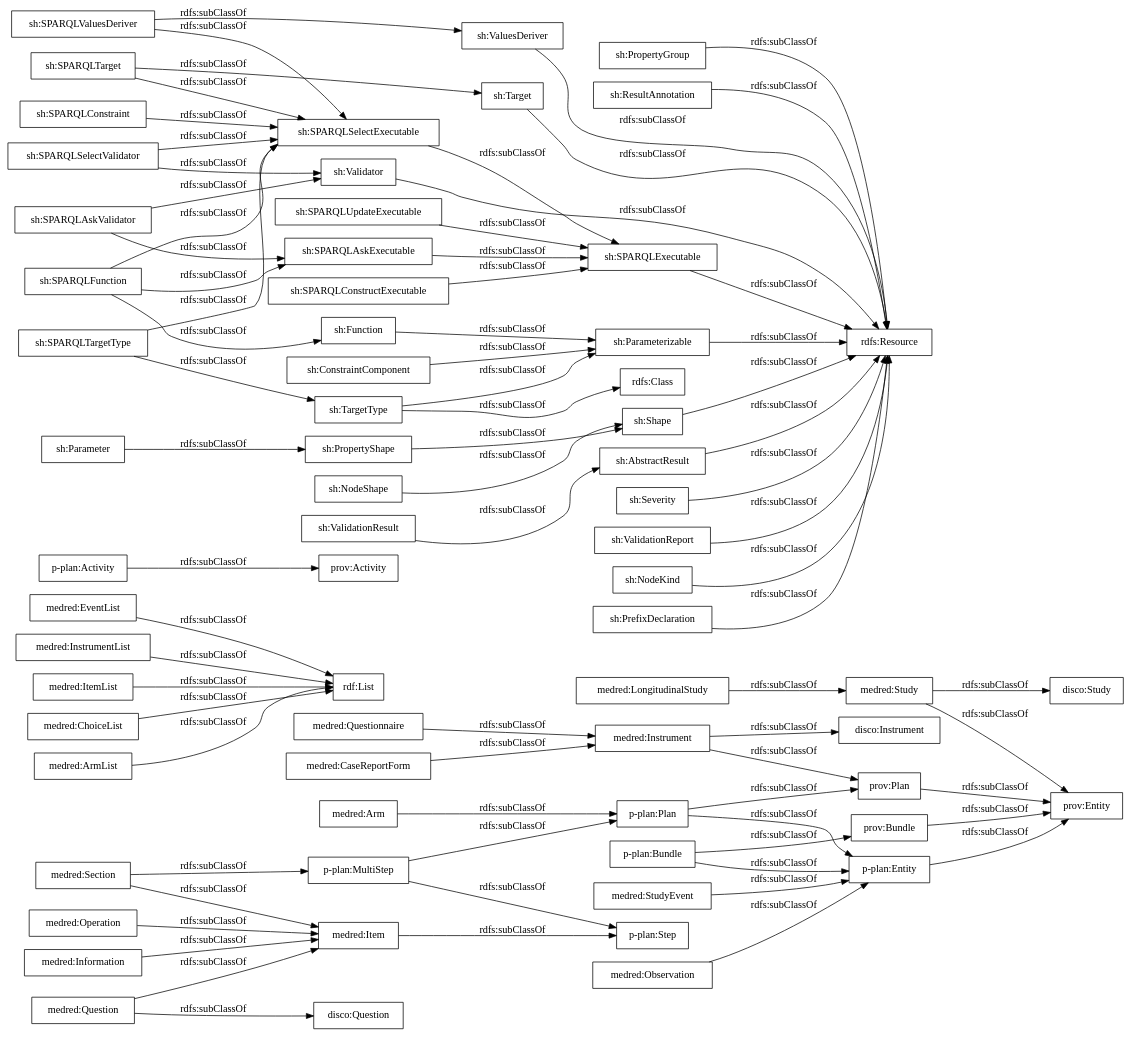
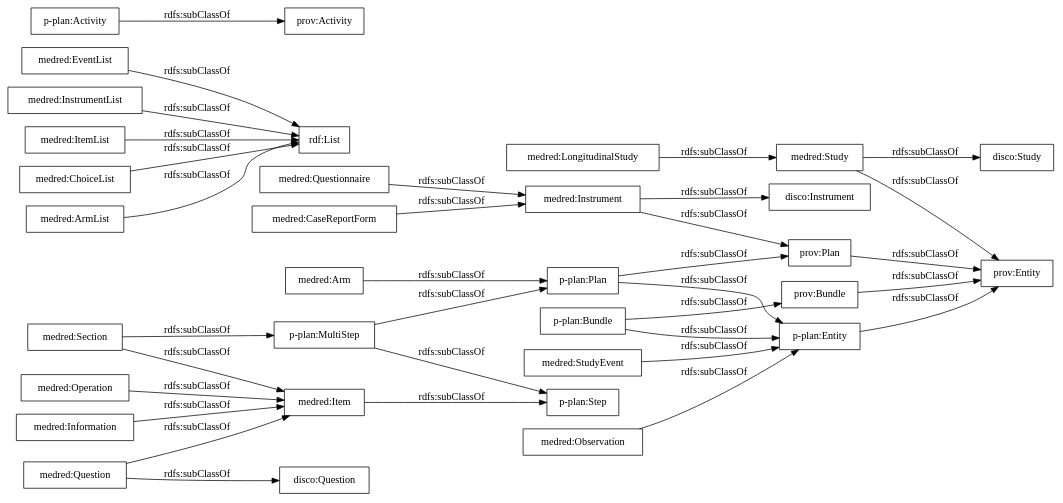
The diagram in OnToology/ontology/medred.owl/diagrams/ar2dtool-taxonomy/medred.owl.png.dot (OnToologyUser/medred), drawn with Graphviz before and after one commit. The commit also changed 15 other files, not shown here.

```diff
--- a/OnToology/ontology/medred.owl/diagrams/ar2dtool-taxonomy/medred.owl.png.dot
+++ b/OnToology/ontology/medred.owl/diagrams/ar2dtool-taxonomy/medred.owl.png.dot
@@ -1,77 +1,38 @@
 digraph ar2dtool_diagram { 
 rankdir=LR;
 size="1000"
-node [shape = rectangle, color="black"]; "medred:Questionnaire" "medred:StudyEvent" "medred:Information" "medred:Question" "medred:EventList" "rdf:List" "medred:Instrument" "medred:Item" "medred:Arm" "medred:CaseReportForm" "medred:Study" "medred:LongitudinalStudy" "medred:InstrumentList" "medred:ItemList" "medred:Section" "medred:ChoiceList" "medred:ArmList" "medred:Operation" "medred:Observation" "p-plan:MultiStep" "p-plan:Activity" "p-plan:Step" "p-plan:Entity" "p-plan:Bundle" "prov:Bundle" "prov:Entity" "p-plan:Plan" "prov:Plan" "prov:Activity" ; /*classes style*/
+node [shape = rectangle, color="black"]; "medred:Questionnaire" "medred:StudyEvent" "medred:Information" "medred:Question" "medred:EventList" "medred:Instrument" "rdf:List" "medred:Item" "medred:Arm" "medred:CaseReportForm" "medred:Study" "medred:LongitudinalStudy" "medred:InstrumentList" "medred:ItemList" "medred:Section" "medred:ChoiceList" "medred:ArmList" "medred:Operation" "medred:Observation" "p-plan:MultiStep" "p-plan:Activity" "p-plan:Step" "p-plan:Entity" "p-plan:Bundle" "prov:Bundle" "prov:Entity" "p-plan:Plan" "prov:Plan" "prov:Activity" ; /*classes style*/
+	"p-plan:Activity" -> "prov:Activity" [ label = "rdfs:subClassOf" ];
+	"p-plan:Entity" -> "prov:Entity" [ label = "rdfs:subClassOf" ];
+	"medred:ChoiceList" -> "rdf:List" [ label = "rdfs:subClassOf" ];
 	"prov:Plan" -> "prov:Entity" [ label = "rdfs:subClassOf" ];
-	"sh:PropertyGroup" -> "rdfs:Resource" [ label = "rdfs:subClassOf" ];
+	"medred:Information" -> "medred:Item" [ label = "rdfs:subClassOf" ];
+	"medred:InstrumentList" -> "rdf:List" [ label = "rdfs:subClassOf" ];
+	"prov:Bundle" -> "prov:Entity" [ label = "rdfs:subClassOf" ];
+	"medred:LongitudinalStudy" -> "medred:Study" [ label = "rdfs:subClassOf" ];
+	"medred:Questionnaire" -> "medred:Instrument" [ label = "rdfs:subClassOf" ];
+	"medred:Study" -> "prov:Entity" [ label = "rdfs:subClassOf" ];
+	"medred:Study" -> "disco:Study" [ label = "rdfs:subClassOf" ];
+	"medred:Observation" -> "p-plan:Entity" [ label = "rdfs:subClassOf" ];
 	"medred:Question" -> "medred:Item" [ label = "rdfs:subClassOf" ];
 	"medred:Question" -> "disco:Question" [ label = "rdfs:subClassOf" ];
-	"sh:ResultAnnotation" -> "rdfs:Resource" [ label = "rdfs:subClassOf" ];
+	"medred:Operation" -> "medred:Item" [ label = "rdfs:subClassOf" ];
+	"p-plan:Bundle" -> "prov:Bundle" [ label = "rdfs:subClassOf" ];
+	"p-plan:Bundle" -> "p-plan:Entity" [ label = "rdfs:subClassOf" ];
+	"medred:ItemList" -> "rdf:List" [ label = "rdfs:subClassOf" ];
+	"medred:Arm" -> "p-plan:Plan" [ label = "rdfs:subClassOf" ];
+	"p-plan:Plan" -> "prov:Plan" [ label = "rdfs:subClassOf" ];
+	"p-plan:Plan" -> "p-plan:Entity" [ label = "rdfs:subClassOf" ];
 	"medred:Item" -> "p-plan:Step" [ label = "rdfs:subClassOf" ];
-	"medred:CaseReportForm" -> "medred:Instrument" [ label = "rdfs:subClassOf" ];
-	"sh:SPARQLConstructExecutable" -> "sh:SPARQLExecutable" [ label = "rdfs:subClassOf" ];
-	"medred:ArmList" -> "rdf:List" [ label = "rdfs:subClassOf" ];
-	"sh:Shape" -> "rdfs:Resource" [ label = "rdfs:subClassOf" ];
-	"medred:Questionnaire" -> "medred:Instrument" [ label = "rdfs:subClassOf" ];
-	"p-plan:Entity" -> "prov:Entity" [ label = "rdfs:subClassOf" ];
-	"sh:SPARQLAskValidator" -> "sh:SPARQLAskExecutable" [ label = "rdfs:subClassOf" ];
-	"sh:SPARQLAskValidator" -> "sh:Validator" [ label = "rdfs:subClassOf" ];
-	"sh:SPARQLUpdateExecutable" -> "sh:SPARQLExecutable" [ label = "rdfs:subClassOf" ];
 	"p-plan:MultiStep" -> "p-plan:Step" [ label = "rdfs:subClassOf" ];
 	"p-plan:MultiStep" -> "p-plan:Plan" [ label = "rdfs:subClassOf" ];
-	"sh:SPARQLTargetType" -> "sh:SPARQLSelectExecutable" [ label = "rdfs:subClassOf" ];
-	"sh:SPARQLTargetType" -> "sh:TargetType" [ label = "rdfs:subClassOf" ];
-	"sh:AbstractResult" -> "rdfs:Resource" [ label = "rdfs:subClassOf" ];
-	"medred:Arm" -> "p-plan:Plan" [ label = "rdfs:subClassOf" ];
-	"sh:SPARQLFunction" -> "sh:SPARQLSelectExecutable" [ label = "rdfs:subClassOf" ];
-	"sh:SPARQLFunction" -> "sh:SPARQLAskExecutable" [ label = "rdfs:subClassOf" ];
-	"sh:SPARQLFunction" -> "sh:Function" [ label = "rdfs:subClassOf" ];
-	"medred:InstrumentList" -> "rdf:List" [ label = "rdfs:subClassOf" ];
-	"medred:Observation" -> "p-plan:Entity" [ label = "rdfs:subClassOf" ];
-	"medred:ChoiceList" -> "rdf:List" [ label = "rdfs:subClassOf" ];
-	"medred:Study" -> "prov:Entity" [ label = "rdfs:subClassOf" ];
-	"medred:Study" -> "disco:Study" [ label = "rdfs:subClassOf" ];
-	"medred:StudyEvent" -> "p-plan:Entity" [ label = "rdfs:subClassOf" ];
-	"prov:Bundle" -> "prov:Entity" [ label = "rdfs:subClassOf" ];
-	"sh:Severity" -> "rdfs:Resource" [ label = "rdfs:subClassOf" ];
-	"sh:ValidationReport" -> "rdfs:Resource" [ label = "rdfs:subClassOf" ];
-	"p-plan:Activity" -> "prov:Activity" [ label = "rdfs:subClassOf" ];
-	"medred:EventList" -> "rdf:List" [ label = "rdfs:subClassOf" ];
-	"sh:Function" -> "sh:Parameterizable" [ label = "rdfs:subClassOf" ];
-	"sh:SPARQLSelectValidator" -> "sh:SPARQLSelectExecutable" [ label = "rdfs:subClassOf" ];
-	"sh:SPARQLSelectValidator" -> "sh:Validator" [ label = "rdfs:subClassOf" ];
-	"sh:ConstraintComponent" -> "sh:Parameterizable" [ label = "rdfs:subClassOf" ];
-	"sh:SPARQLValuesDeriver" -> "sh:SPARQLSelectExecutable" [ label = "rdfs:subClassOf" ];
-	"sh:SPARQLValuesDeriver" -> "sh:ValuesDeriver" [ label = "rdfs:subClassOf" ];
-	"sh:ValidationResult" -> "sh:AbstractResult" [ label = "rdfs:subClassOf" ];
-	"medred:Operation" -> "medred:Item" [ label = "rdfs:subClassOf" ];
-	"medred:Information" -> "medred:Item" [ label = "rdfs:subClassOf" ];
 	"medred:Instrument" -> "prov:Plan" [ label = "rdfs:subClassOf" ];
 	"medred:Instrument" -> "disco:Instrument" [ label = "rdfs:subClassOf" ];
-	"medred:ItemList" -> "rdf:List" [ label = "rdfs:subClassOf" ];
-	"sh:SPARQLConstraint" -> "sh:SPARQLSelectExecutable" [ label = "rdfs:subClassOf" ];
-	"sh:SPARQLAskExecutable" -> "sh:SPARQLExecutable" [ label = "rdfs:subClassOf" ];
-	"sh:Validator" -> "rdfs:Resource" [ label = "rdfs:subClassOf" ];
-	"sh:PropertyShape" -> "sh:Shape" [ label = "rdfs:subClassOf" ];
-	"sh:Parameter" -> "sh:PropertyShape" [ label = "rdfs:subClassOf" ];
-	"sh:SPARQLExecutable" -> "rdfs:Resource" [ label = "rdfs:subClassOf" ];
-	"sh:Target" -> "rdfs:Resource" [ label = "rdfs:subClassOf" ];
-	"sh:SPARQLTarget" -> "sh:SPARQLSelectExecutable" [ label = "rdfs:subClassOf" ];
-	"sh:SPARQLTarget" -> "sh:Target" [ label = "rdfs:subClassOf" ];
-	"p-plan:Plan" -> "prov:Plan" [ label = "rdfs:subClassOf" ];
-	"p-plan:Plan" -> "p-plan:Entity" [ label = "rdfs:subClassOf" ];
-	"sh:NodeShape" -> "sh:Shape" [ label = "rdfs:subClassOf" ];
-	"sh:Parameterizable" -> "rdfs:Resource" [ label = "rdfs:subClassOf" ];
-	"sh:ValuesDeriver" -> "rdfs:Resource" [ label = "rdfs:subClassOf" ];
+	"medred:CaseReportForm" -> "medred:Instrument" [ label = "rdfs:subClassOf" ];
+	"medred:StudyEvent" -> "p-plan:Entity" [ label = "rdfs:subClassOf" ];
 	"medred:Section" -> "medred:Item" [ label = "rdfs:subClassOf" ];
 	"medred:Section" -> "p-plan:MultiStep" [ label = "rdfs:subClassOf" ];
-	"p-plan:Bundle" -> "prov:Bundle" [ label = "rdfs:subClassOf" ];
-	"p-plan:Bundle" -> "p-plan:Entity" [ label = "rdfs:subClassOf" ];
-	"sh:NodeKind" -> "rdfs:Resource" [ label = "rdfs:subClassOf" ];
-	"sh:SPARQLSelectExecutable" -> "sh:SPARQLExecutable" [ label = "rdfs:subClassOf" ];
-	"sh:TargetType" -> "sh:Parameterizable" [ label = "rdfs:subClassOf" ];
-	"sh:TargetType" -> "rdfs:Class" [ label = "rdfs:subClassOf" ];
-	"medred:LongitudinalStudy" -> "medred:Study" [ label = "rdfs:subClassOf" ];
-	"sh:PrefixDeclaration" -> "rdfs:Resource" [ label = "rdfs:subClassOf" ];
+	"medred:ArmList" -> "rdf:List" [ label = "rdfs:subClassOf" ];
+	"medred:EventList" -> "rdf:List" [ label = "rdfs:subClassOf" ];
 
 }
```
